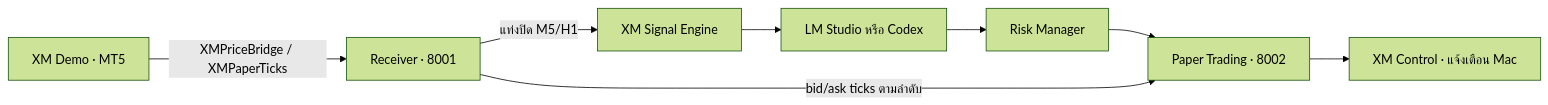
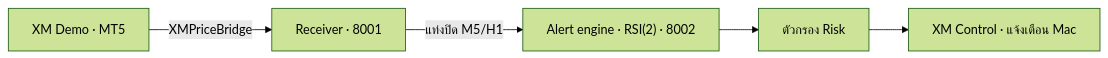
The diagram in xauusd-ai-agent/README.md (bird50/personal-trade-monitor), drawn with Mermaid (forest theme) before and after one commit. The commit also changed other lines of this file and 25 other files, not shown here.

````diff
--- a/xauusd-ai-agent/README.md
+++ b/xauusd-ai-agent/README.md
@@ -7,10 +14,7 @@
 ```mermaid
 flowchart LR
-    MT5["XM Demo · MT5"] -->|"XMPriceBridge / XMPaperTicks"| Feed["Receiver · 8001"]
-    Feed -->|"แท่งปิด M5/H1"| Signals["XM Signal Engine"]
-    Signals --> AI["LM Studio หรือ Codex"]
-    AI --> Risk["Risk Manager"]
-    Risk --> Paper["Paper Trading · 8002"]
-    Feed -->|"bid/ask ticks ตามลำดับ"| Paper
-    Paper --> UI["XM Control · แจ้งเตือน Mac"]
+    MT5["XM Demo · MT5"] -->|"XMPriceBridge"| Feed["Receiver · 8001"]
+    Feed -->|"แท่งปิด M5/H1"| Engine["Alert engine · RSI(2) · 8002"]
+    Engine --> Risk["ตัวกรอง Risk"]
+    Risk --> UI["XM Control · แจ้งเตือน Mac"]
 ```
````
